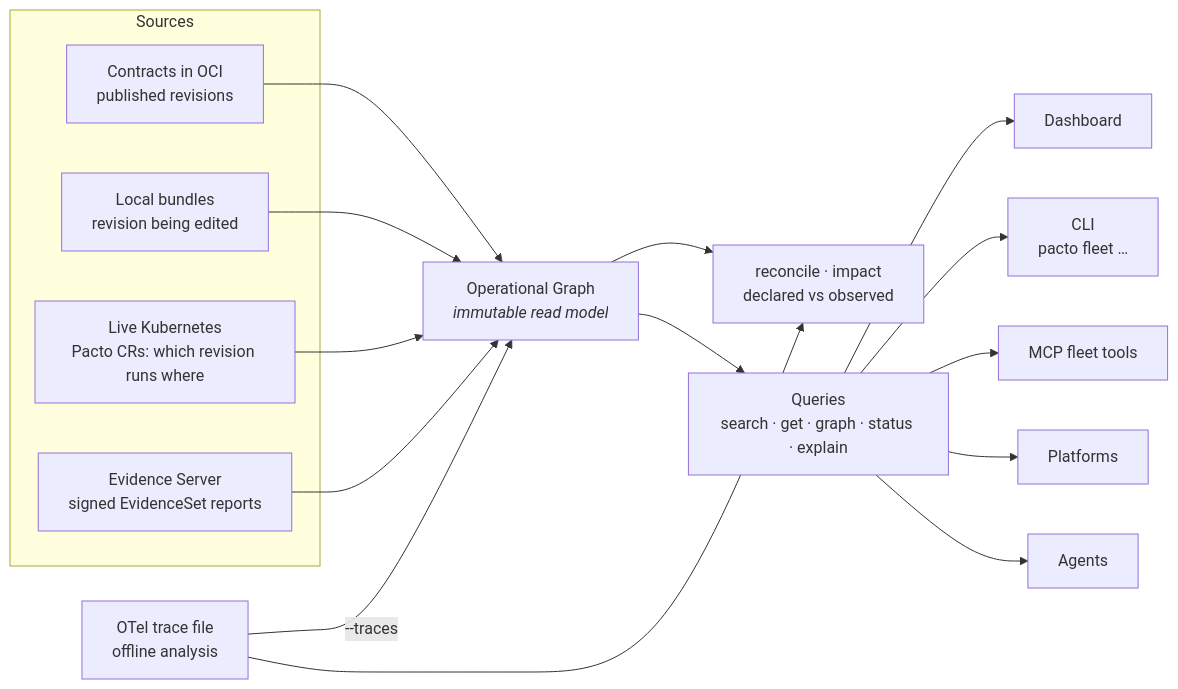
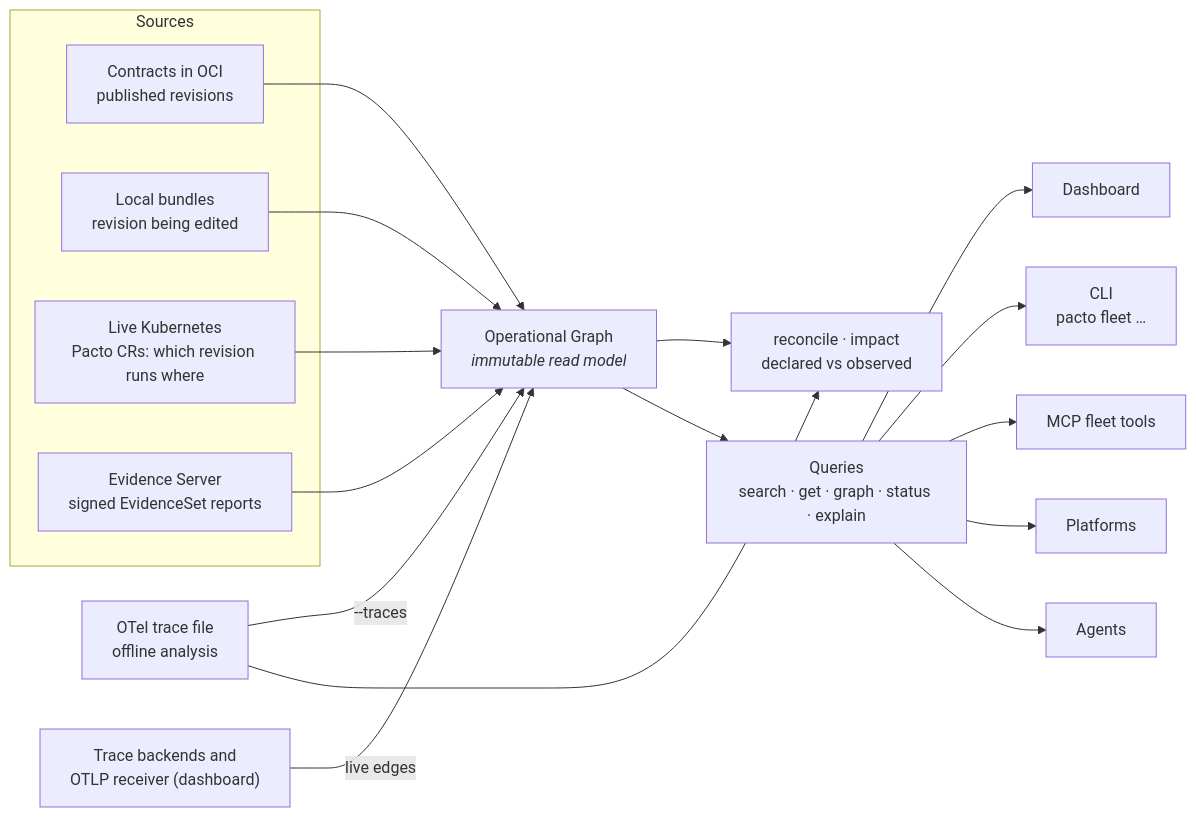
The first of 2 diagrams in docs/operational-graph.md (TrianaLab/pacto), drawn with Mermaid before and after one commit. The commit also changed other lines of this file and 1261 other files, not shown here.

````diff
--- a/docs/operational-graph.md
+++ b/docs/operational-graph.md
@@ -190,24 +193,26 @@
 ```mermaid
 flowchart LR
     subgraph Sources["Sources"]
         OCI["Contracts in OCI<br/>published revisions"]
         LOCAL["Local bundles<br/>revision being edited"]
         K8S["Live Kubernetes<br/>Pacto CRs: which revision runs where"]
         EVI["Evidence Server<br/>signed EvidenceSet reports"]
     end
     OTEL["OTel trace file<br/>offline analysis"]
+    LIVE["Trace backends and<br/>OTLP receiver (dashboard)"]
     OCI --> OG
     LOCAL --> OG
     K8S --> OG
     EVI --> OG
     OTEL -->|--traces| OG
+    LIVE -->|live edges| OG
     OG["Operational Graph<br/><i>immutable read model</i>"]
     OTEL --> RECON["reconcile · impact<br/>declared vs observed"]
     OG --> RECON
     OG --> Q["Queries<br/>search · get · graph · status · explain"]
     Q --> DASH["Dashboard"]
     Q --> CLI["CLI<br/>pacto fleet …"]
     Q --> MCP["MCP fleet tools"]
     Q --> PLAT["Platforms"]
     Q --> AGENT["Agents"]
 ```
````
